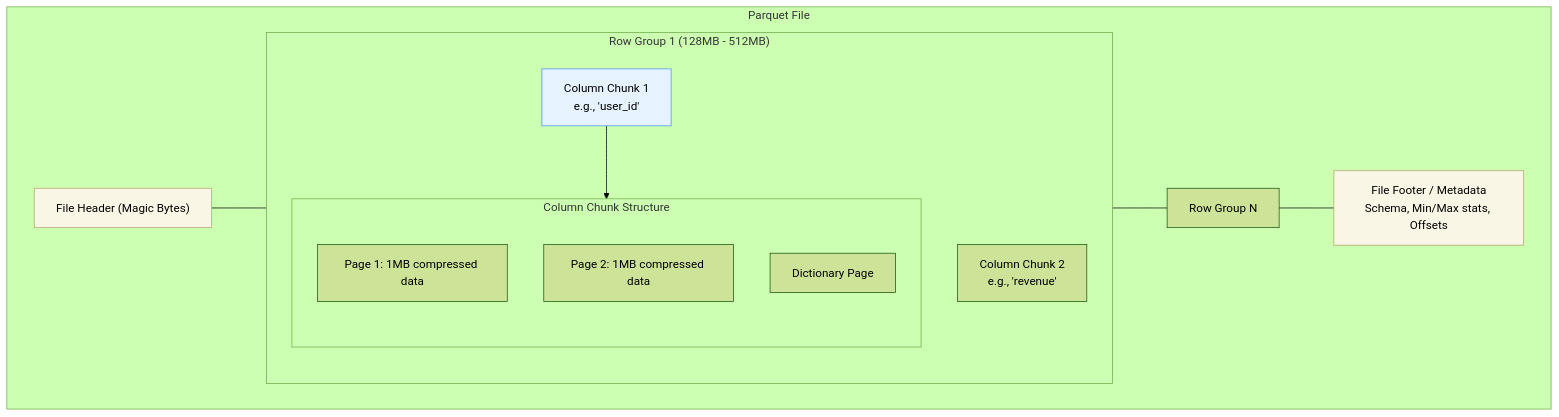
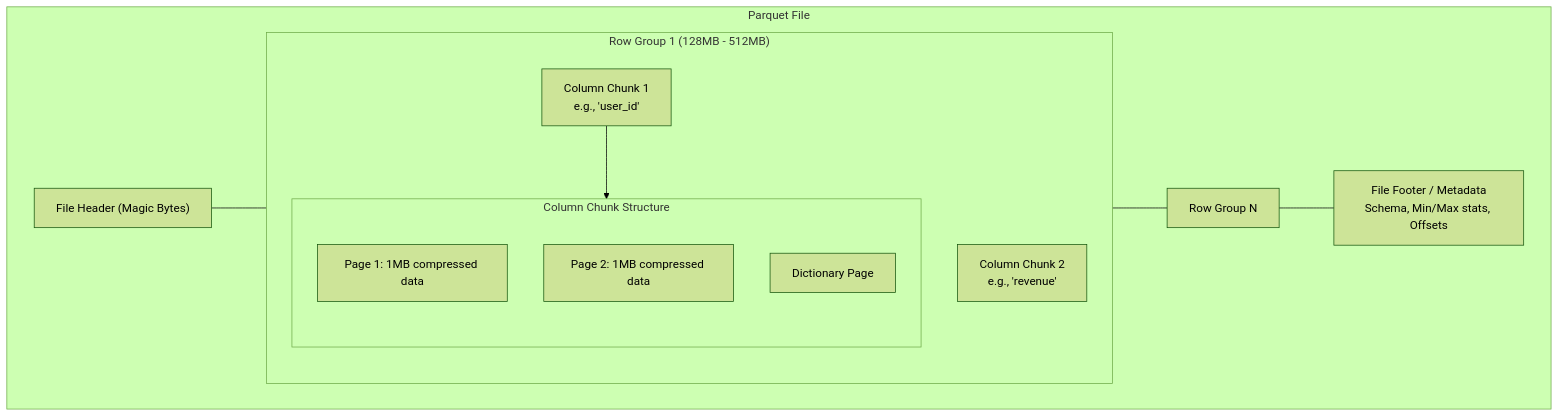
One commit to kythuatdulieu/kythuatdulieu.github.io changed the diagram in src/content/docs/concepts/1-distributed-systems-architecture/file-formats.md. Above: the diagram before and after it, drawn with Mermaid (forest theme). The commit also changed 682 other files, not shown here.

````diff
--- a/src/content/docs/concepts/1-distributed-systems-architecture/file-formats.md
+++ b/src/content/docs/concepts/1-distributed-systems-architecture/file-formats.md
@@ -26,25 +26,24 @@
 ```mermaid
 graph TD
     subgraph Parquet_File ["Parquet File"]
         Header["File Header (Magic Bytes)"]
         subgraph Row_Group_1 ["Row Group 1 (128MB - 512MB)"]
             C1["Column Chunk 1<br/>e.g., 'user_id'"]
             C2["Column Chunk 2<br/>e.g., 'revenue'"]
             subgraph Column_Chunk_Structure ["Column Chunk Structure"]
                 P1["Page 1: 1MB compressed data"]
                 P2["Page 2: 1MB compressed data"]
                 Dict["Dictionary Page"]
             end
         end
         RowGroupN["Row Group N"]
         Footer["File Footer / Metadata<br/>Schema, Min/Max stats, Offsets"]
     end
     Header --- Row_Group_1
     Row_Group_1 --- RowGroupN
     RowGroupN --- Footer
     C1 --> Column_Chunk_Structure
-    
-    style Header fill:#f9f6e5,stroke:#b8a36c
-    style Footer fill:#f9f6e5,stroke:#b8a36c
-    style C1 fill:#e6f3ff,stroke:#4a90e2
+
+
+
 ```
````
